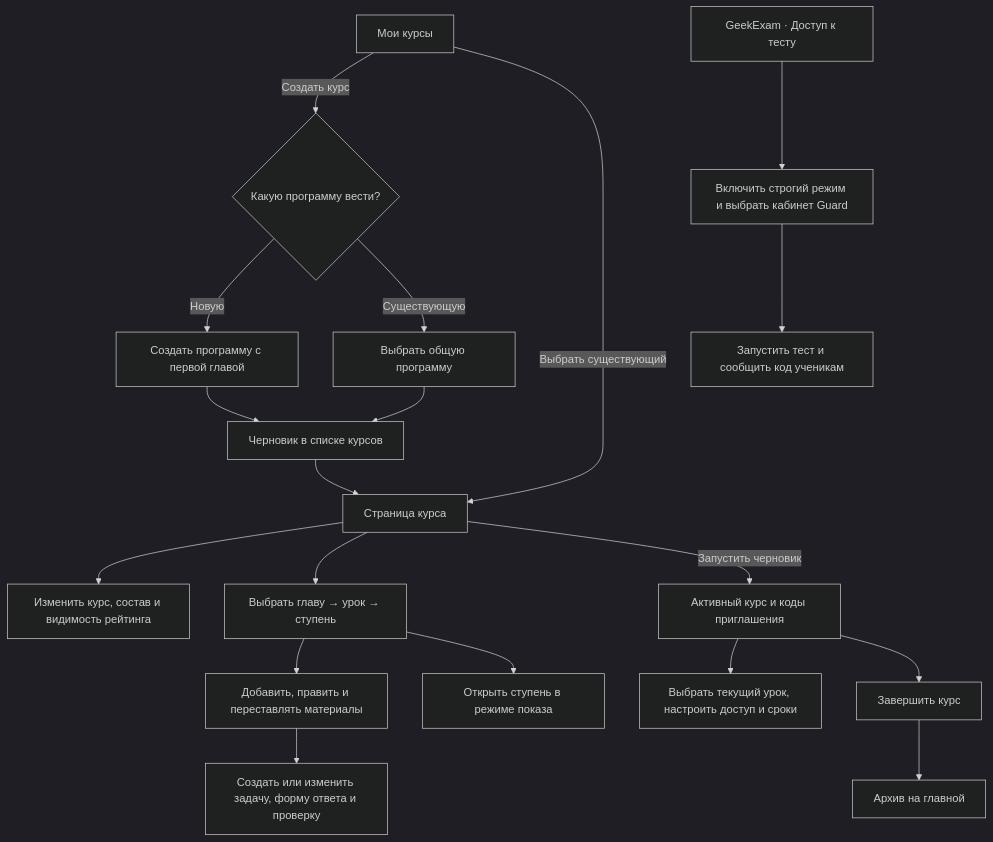
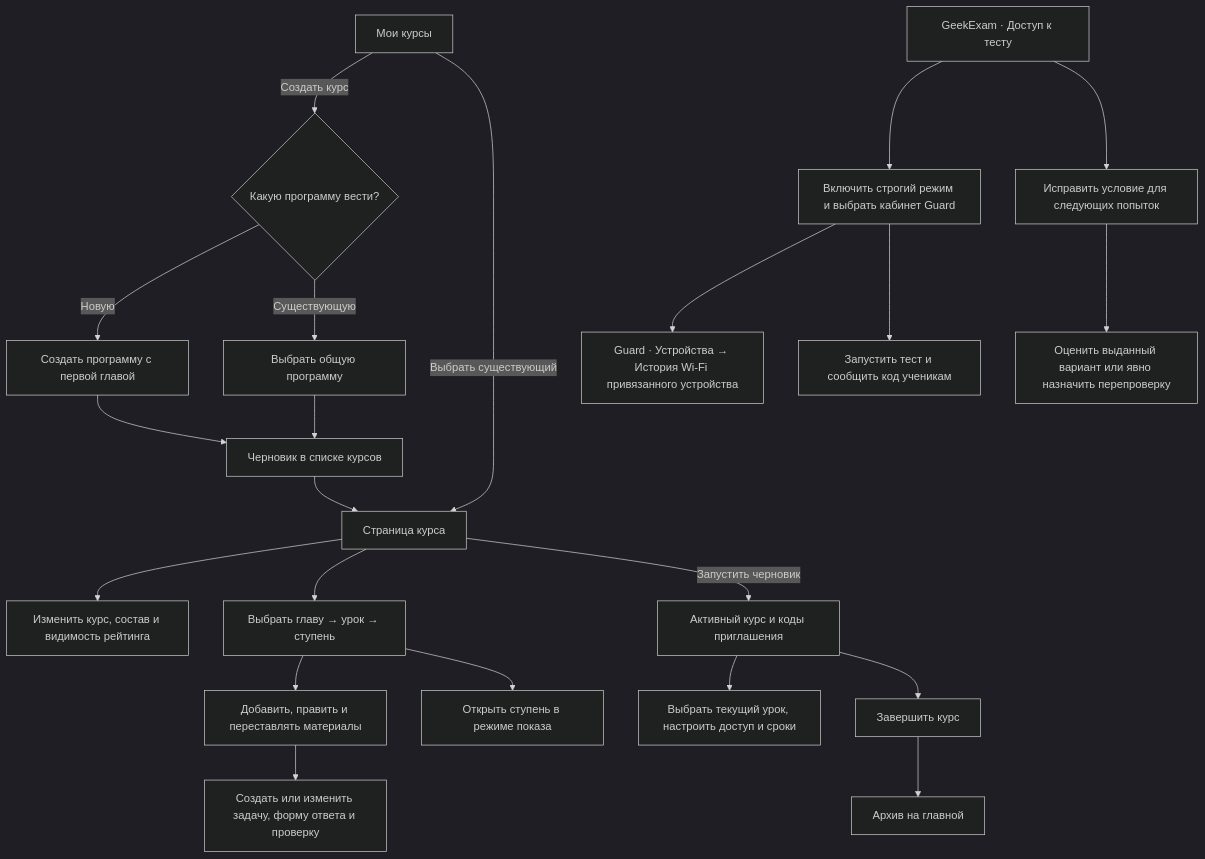
Before and after one commit to roctbb/CodingProjects: the fourth of 8 diagrams in docs/ux/role-actions.md, drawn with Mermaid (dark theme). The commit also changed other lines of this file and 1 other file, not shown here.

Commit message:
Document exam draft conflicts and device history in role flows

````diff
--- a/docs/ux/role-actions.md
+++ b/docs/ux/role-actions.md
@@ -175,21 +177,24 @@
 ```mermaid
 flowchart TD
   home["Мои курсы"] -->|Создать курс| choose{"Какую программу вести?"}
   choose -->|Новую| new["Создать программу с первой главой"]
   choose -->|Существующую| use["Выбрать общую программу"]
   new --> draft["Черновик в списке курсов"]
   use --> draft
   home -->|Выбрать существующий| course["Страница курса"]
   draft --> course
   examSettings["GeekExam · Доступ к тесту"] --> strict["Включить строгий режим и выбрать кабинет Guard"]
+  strict --> guardHistory["Guard · Устройства → История Wi-Fi привязанного устройства"]
+  examSettings --> examRevision["Исправить условие для следующих попыток"]
+  examRevision --> examReview["Оценить выданный вариант или явно назначить перепроверку"]
   strict --> examStart["Запустить тест и сообщить код ученикам"]
   course --> setup["Изменить курс, состав и видимость рейтинга"]
   course --> content["Выбрать главу → урок → ступень"]
   content --> edit["Добавить, править и переставлять материалы"]
   edit --> task["Создать или изменить задачу, форму ответа и проверку"]
   content --> show["Открыть ступень в режиме показа"]
   course -->|Запустить черновик| active["Активный курс и коды приглашения"]
   active --> teach["Выбрать текущий урок, настроить доступ и сроки"]
   active --> finish["Завершить курс"]
   finish --> archive["Архив на главной"]
 ```
````
